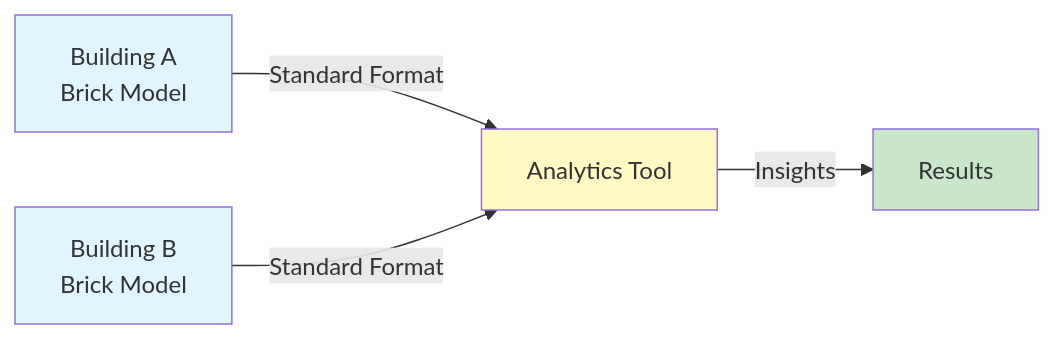
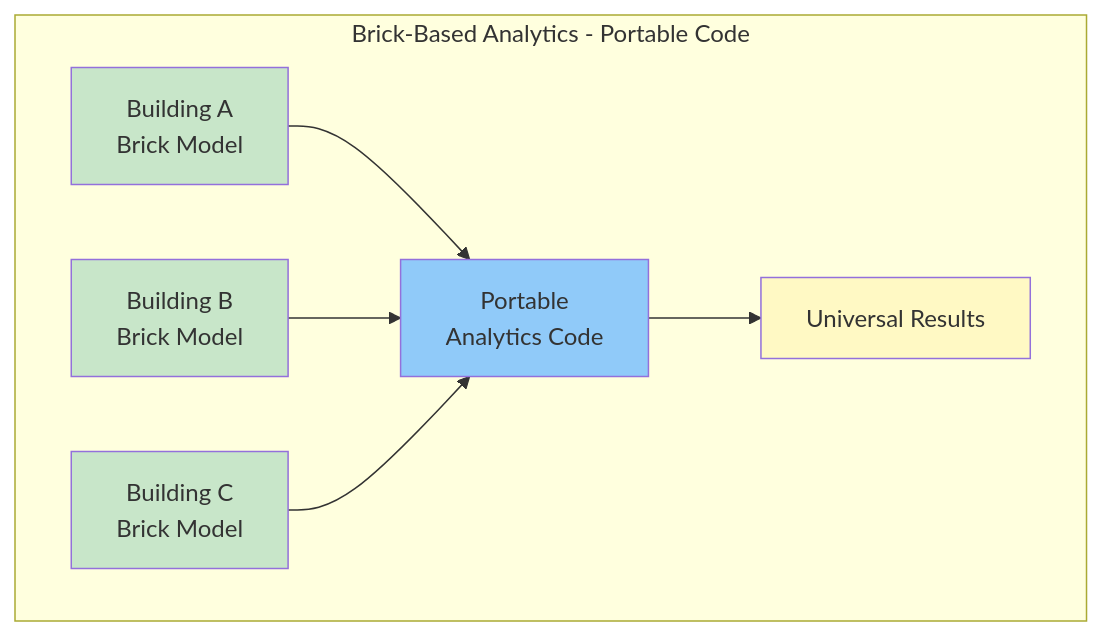
Before and after one commit to CenterForTheBuiltEnvironment/HHW_brick: the sixth of 15 diagrams in docs/getting-started/understanding-brick.md, drawn with Mermaid. The commit also changed other lines of this file and 1 other file, not shown here.

````diff
--- a/docs/getting-started/understanding-brick.md
+++ b/docs/getting-started/understanding-brick.md
@@ -41,11 +296,16 @@
 ```mermaid
-graph LR
-    A[Building A<br/>Brick Model] -->|Standard Format| C[Analytics Tool]
-    B[Building B<br/>Brick Model] -->|Standard Format| C
-    C -->|Insights| D[Results]
+graph TB
+    subgraph "Brick-Based Analytics - Portable Code"
+        BM1[Building A<br/>Brick Model] --> PC[Portable<br/>Analytics Code]
+        BM2[Building B<br/>Brick Model] --> PC
+        BM3[Building C<br/>Brick Model] --> PC
 
-    style A fill:#e1f5ff
-    style B fill:#e1f5ff
-    style C fill:#fff9c4
-    style D fill:#c8e6c9
+        PC --> R[Universal Results]
+    end
+
+    style BM1 fill:#c8e6c9
+    style BM2 fill:#c8e6c9
+    style BM3 fill:#c8e6c9
+    style PC fill:#90caf9
+    style R fill:#fff9c4
 ```
````
